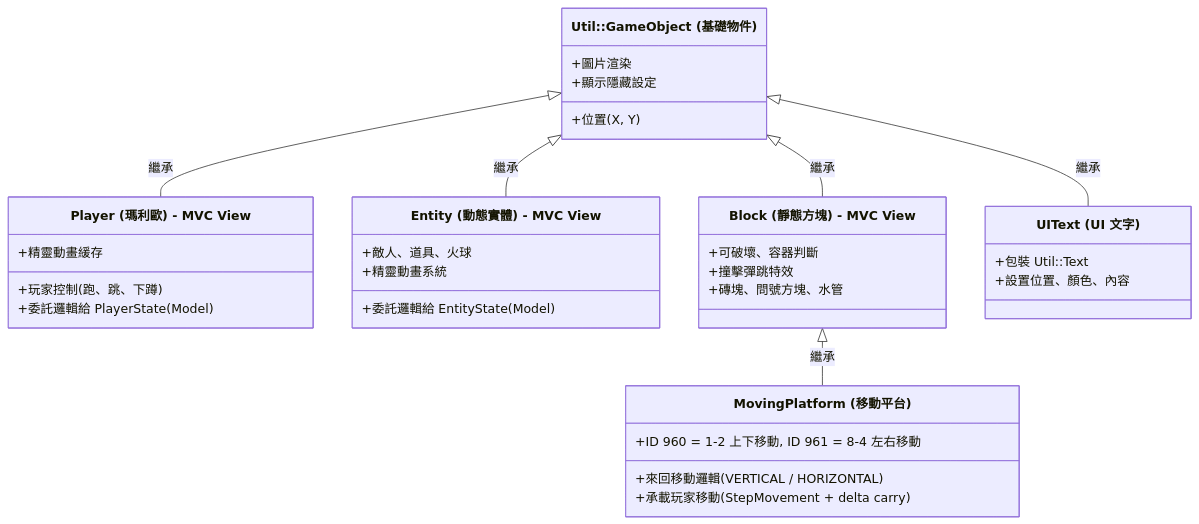
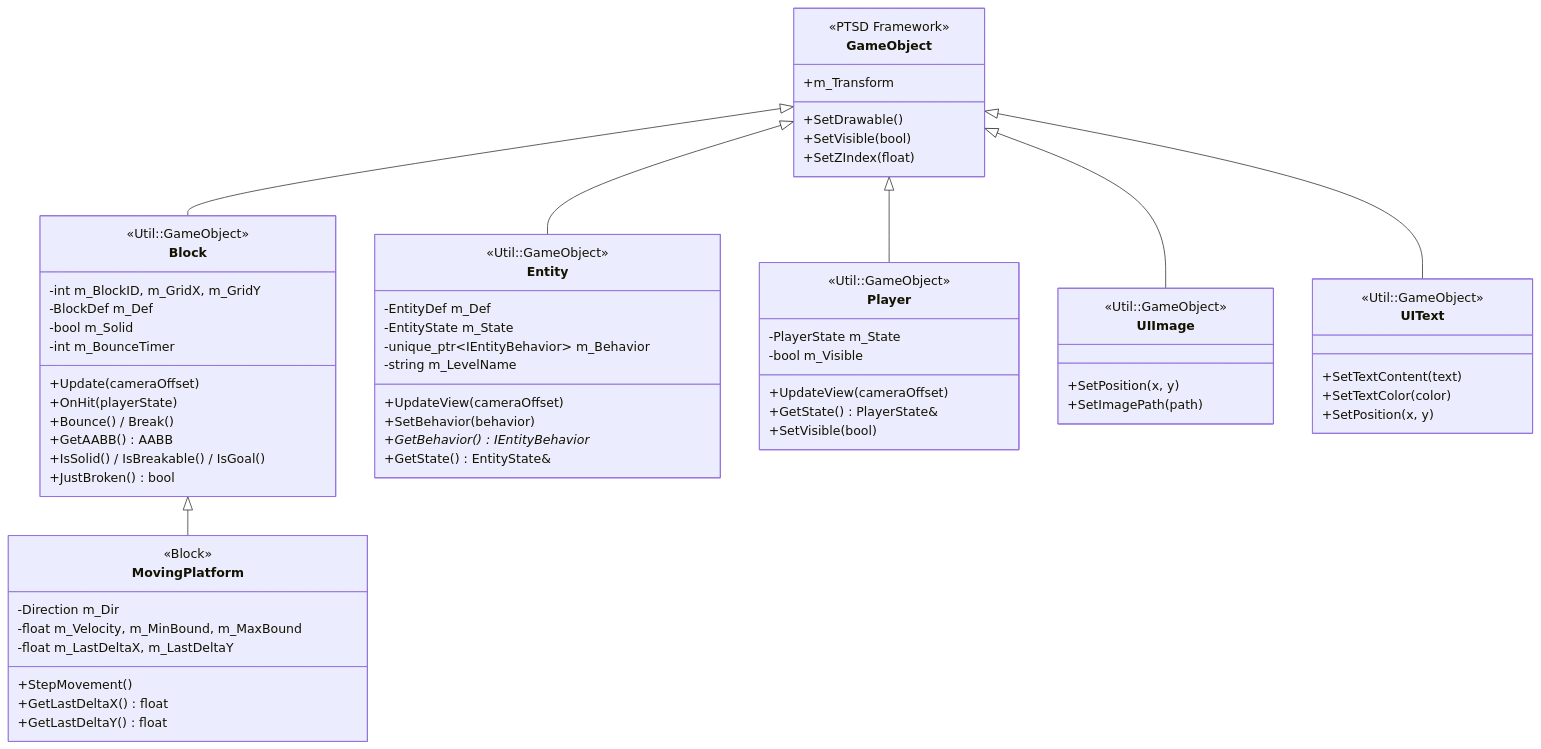
One commit to Andy87877/NTUT_OOPL_mario changed the first of 6 diagrams in Constructure.md. Above: the diagram before and after it, drawn with Mermaid. The commit also changed other lines of this file and 26 other files, not shown here.

First line of the commit message:
Refactor: entity view updates for improved screen alignment and rounding

````diff
--- a/Constructure.md
+++ b/Constructure.md
@@ -1507,48 +27,77 @@
 ```mermaid
 classDiagram
     direction TB
 
-    %% 基礎物件
-    class GameObject["Util::GameObject (基礎物件)"] {
-        +位置 (X, Y)
-        +圖片渲染
-        +顯示隱藏設定
+    class GameObject {
+        <<PTSD Framework>>
+        +SetDrawable()
+        +SetVisible(bool)
+        +SetZIndex(float)
+        +m_Transform
     }
 
-    %% 衍生類別
-    class Player["Player (瑪利歐) - MVC View"] {
-        +玩家控制 (跑、跳、下蹲)
-        +精靈動畫緩存
-        +委託邏輯給 PlayerState (Model)
+    class Block {
+        <<Util::GameObject>>
+        -int m_BlockID, m_GridX, m_GridY
+        -BlockDef m_Def
+        -bool m_Solid
+        -int m_BounceTimer
+        +Update(cameraOffset)
+        +OnHit(playerState)
+        +Bounce() / Break()
+        +GetAABB() AABB
+        +IsSolid() / IsBreakable() / IsGoal()
+        +JustBroken() bool
     }
 
-    class Entity["Entity (動態實體) - MVC View"] {
-        +敵人、道具、火球
-        +精靈動畫系統
-        +委託邏輯給 EntityState (Model)
+    class MovingPlatform {
+        <<Block>>
+        -Direction m_Dir
+        -float m_Velocity, m_MinBound, m_MaxBound
+        -float m_LastDeltaX, m_LastDeltaY
+        +StepMovement()
+        +GetLastDeltaX() float
+        +GetLastDeltaY() float
     }
 
-    class Block["Block (靜態方塊) - MVC View"] {
-        +可破壞、容器判斷
-        +撞擊彈跳特效
-        +磚塊、問號方塊、水管
+    class Entity {
+        <<Util::GameObject>>
+        -EntityDef m_Def
+        -EntityState m_State
+        -unique_ptr~IEntityBehavior~ m_Behavior
+        -string m_LevelName
+        +UpdateView(cameraOffset)
+        +SetBehavior(behavior)
+        +GetBehavior() IEntityBehavior*
+        +GetState() EntityState&
     }
 
-    class MovingPlatform["MovingPlatform (移動平台)"] {
-        +來回移動邏輯 (VERTICAL / HORIZONTAL)
-        +承載玩家移動 (StepMovement + delta carry)
-        +ID 960 = 1-2 上下移動, ID 961 = 8-4 左右移動
+    class Player {
+        <<Util::GameObject>>
+        -PlayerState m_State
+        -bool m_Visible
+        +UpdateView(cameraOffset)
+        +GetState() PlayerState&
+        +SetVisible(bool)
     }
 
-    class UIText["UIText (UI 文字)"] {
-        +包裝 Util::Text
-        +設置位置、顏色、內容
+    class UIImage {
+        <<Util::GameObject>>
+        +SetPosition(x, y)
+        +SetImagePath(path)
     }
 
-    %% 繼承關係
-    GameObject <|-- Player : 繼承
-    GameObject <|-- Entity : 繼承
-    GameObject <|-- Block : 繼承
-    GameObject <|-- UIText : 繼承
-    Block <|-- MovingPlatform : 繼承
+    class UIText {
+        <<Util::GameObject>>
+        +SetTextContent(text)
+        +SetTextColor(color)
+        +SetPosition(x, y)
+    }
+
+    GameObject <|-- Block
+    Block <|-- MovingPlatform
+    GameObject <|-- Entity
+    GameObject <|-- Player
+    GameObject <|-- UIImage
+    GameObject <|-- UIText
 ```
````
